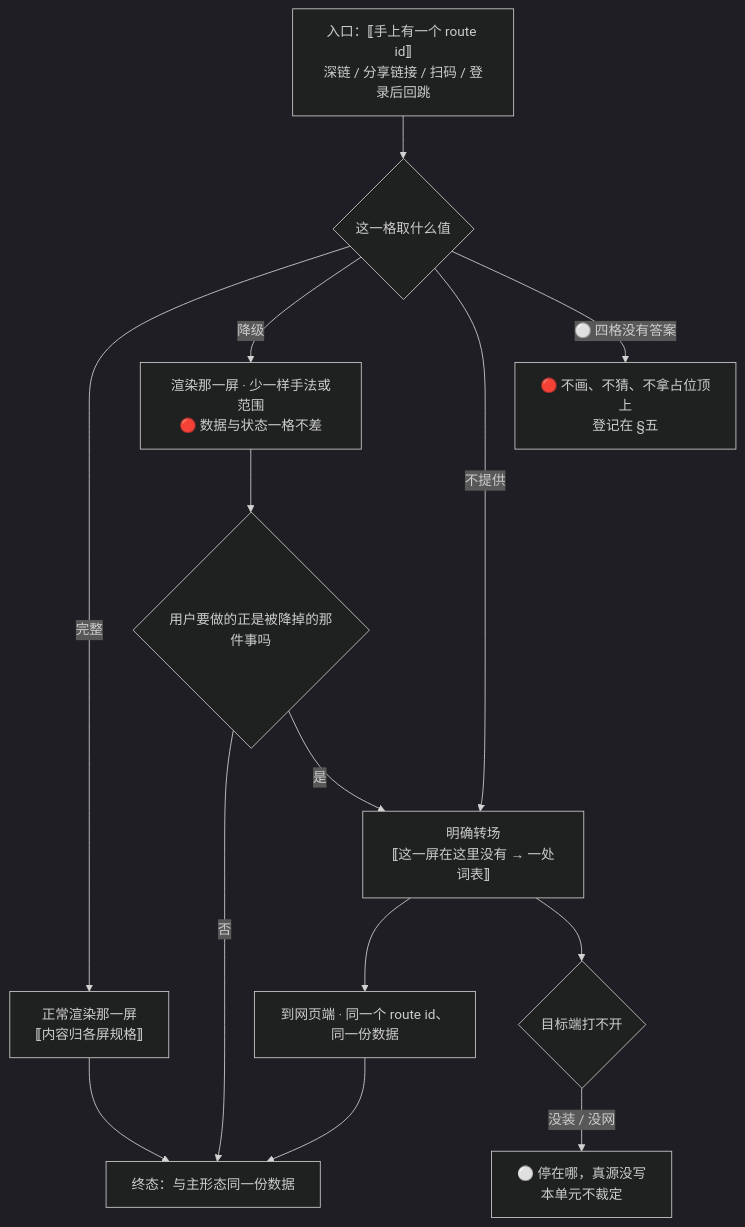
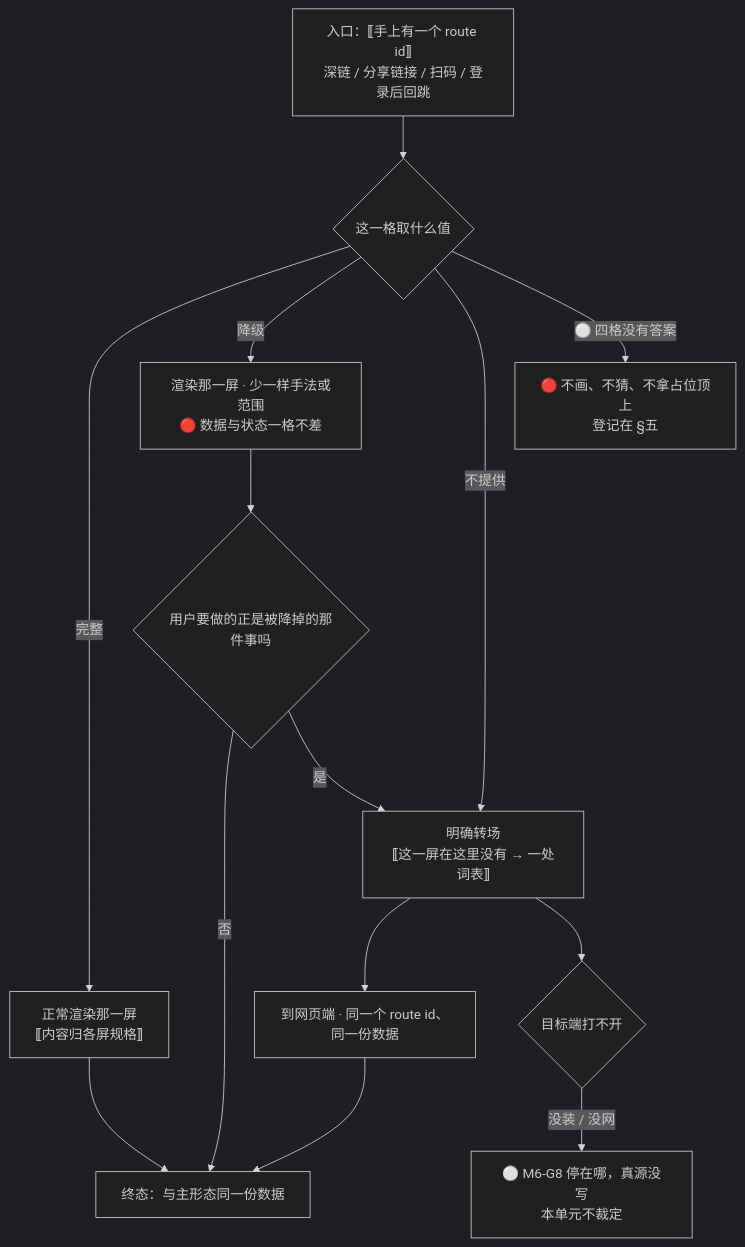
Before and after one commit to chenyuanjin/kubic: the diagram in docs/product/modules/M6-端与形态/U6.2-屏与端的能力矩阵.md, drawn with Mermaid (dark theme). The commit also changed other lines of this file and 26 other files, not shown here.

````diff
--- a/docs/product/modules/M6-端与形态/U6.2-屏与端的能力矩阵.md
+++ b/docs/product/modules/M6-端与形态/U6.2-屏与端的能力矩阵.md
@@ -246,16 +247,16 @@
 ```mermaid
 flowchart TD
     E["入口：⟦手上有一个 route id⟧<br/>深链 / 分享链接 / 扫码 / 登录后回跳"] --> C{"这一格取什么值"}
     C -->|"完整"| F["正常渲染那一屏<br/>⟦内容归各屏规格⟧"]
     C -->|"降级"| D["渲染那一屏 · 少一样手法或范围<br/>🔴 数据与状态一格不差"]
     C -->|"不提供"| T["明确转场<br/>⟦这一屏在这里没有 → 一处词表⟧"]
     C -->|"⚪ 四格没有答案"| G["🔴 不画、不猜、不拿占位顶上<br/>登记在 §五"]
     D --> N{"用户要做的正是被降掉的那件事吗"}
     N -->|"否"| OK["终态：与主形态同一份数据"]
     N -->|"是"| T
     T --> W["到网页端 · 同一个 route id、同一份数据"]
     W --> OK
     T --> X{"目标端打不开"}
-    X -->|"没装 / 没网"| U["⚪ 停在哪，真源没写<br/>本单元不裁定"]
+    X -->|"没装 / 没网"| U["⚪ M6-G8 停在哪，真源没写<br/>本单元不裁定"]
     F --> OK
 ```
````
